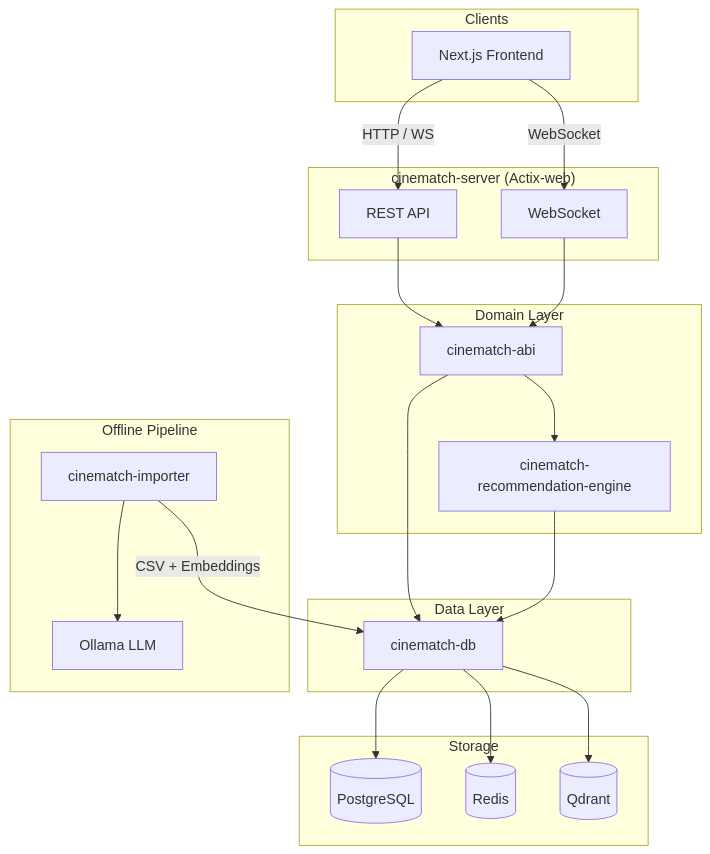
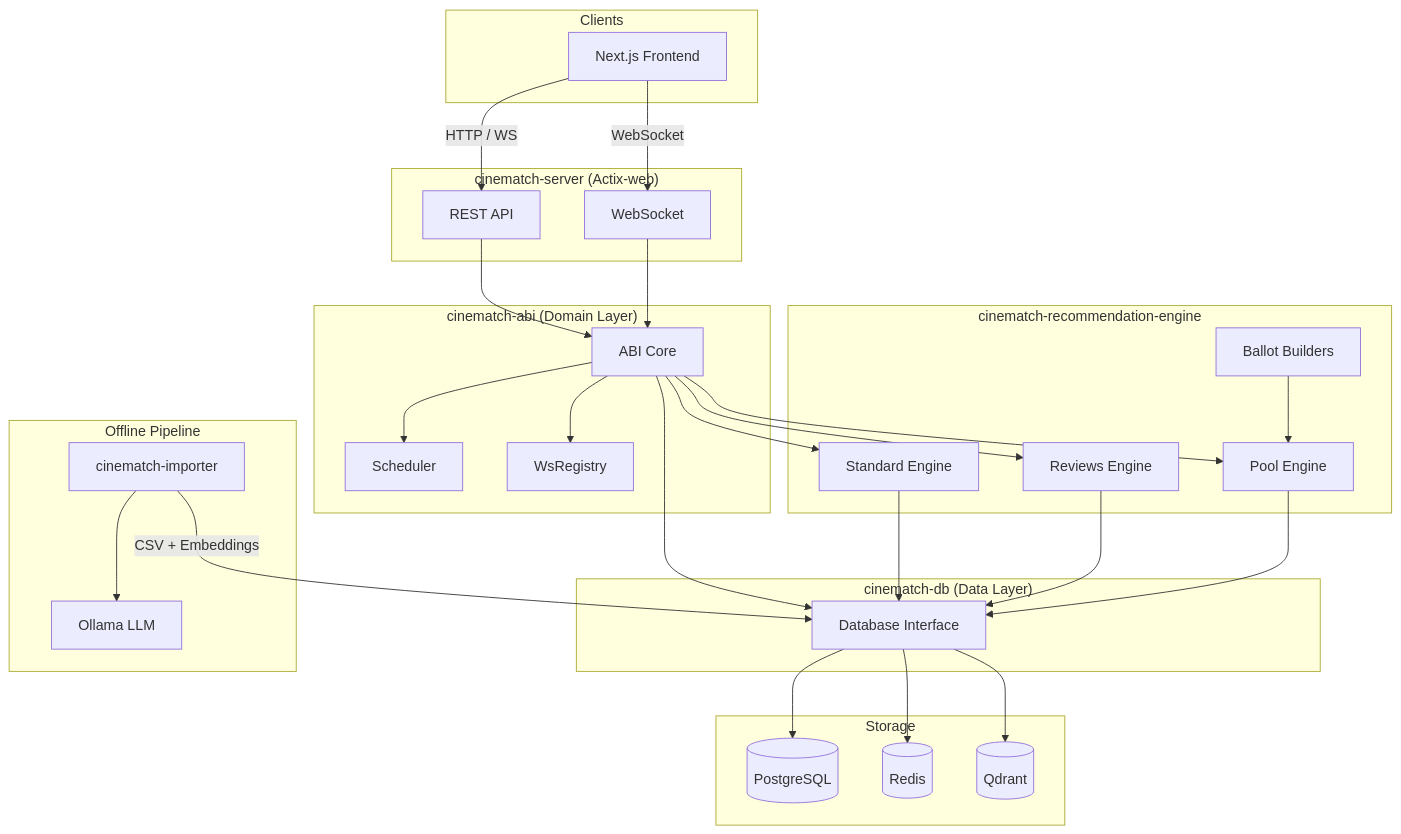
One commit to CineMatch-TiTe/cinematch changed the diagram in backend/README.md. Above: the diagram before and after it, drawn with Mermaid. The commit also changed other lines of this file and 7 other files, not shown here.

````diff
--- a/backend/README.md
+++ b/backend/README.md
@@ -9,44 +9,59 @@
 ```mermaid
 graph TB
     subgraph Clients
         FE[Next.js Frontend]
     end
 
     subgraph "cinematch-server (Actix-web)"
         API[REST API]
         WS[WebSocket]
     end
 
-    subgraph "Domain Layer"
-        ABI[cinematch-abi]
-        REC[cinematch-recommendation-engine]
+    subgraph "cinematch-abi (Domain Layer)"
+        ABI[ABI Core]
+        SCH[Scheduler]
+        REG[WsRegistry]
     end
 
-    subgraph "Data Layer"
-        DB[cinematch-db]
+    subgraph "cinematch-recommendation-engine"
+        RE_STD[Standard Engine]
+        RE_REV[Reviews Engine]
+        RE_POOL[Pool Engine]
+        BALLOT[Ballot Builders]
+    end
+
+    subgraph "cinematch-db (Data Layer)"
+        DB[Database Interface]
     end
 
     subgraph "Storage"
         PG[(PostgreSQL)]
         RD[(Redis)]
         QD[(Qdrant)]
     end
 
     subgraph "Offline Pipeline"
         IMP[cinematch-importer]
         OL[Ollama LLM]
     end
 
     FE -->|HTTP / WS| API
     FE -->|WebSocket| WS
     API --> ABI
     WS --> ABI
-    ABI --> REC
+    ABI --> SCH
+    ABI --> REG
+    ABI --> RE_STD
+    ABI --> RE_REV
+    ABI --> RE_POOL
     ABI --> DB
-    REC --> DB
+    RE_STD --> DB
+    RE_REV --> DB
+    RE_POOL --> DB
+    BALLOT --> RE_POOL
     DB --> PG
     DB --> RD
     DB --> QD
     IMP -->|CSV + Embeddings| DB
     IMP --> OL
 ```
````
